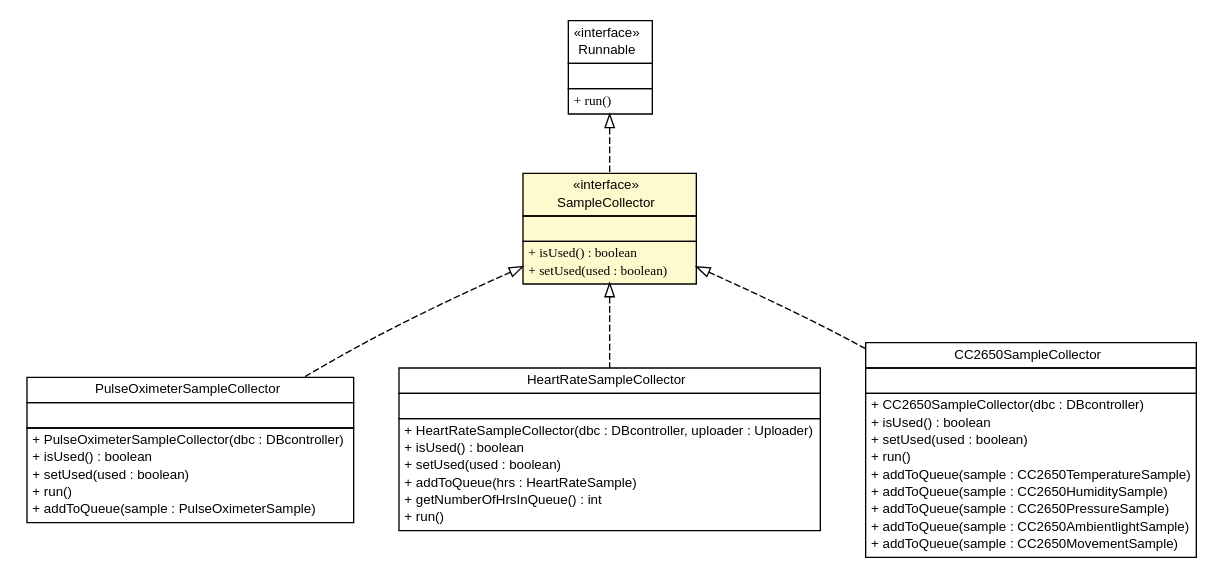
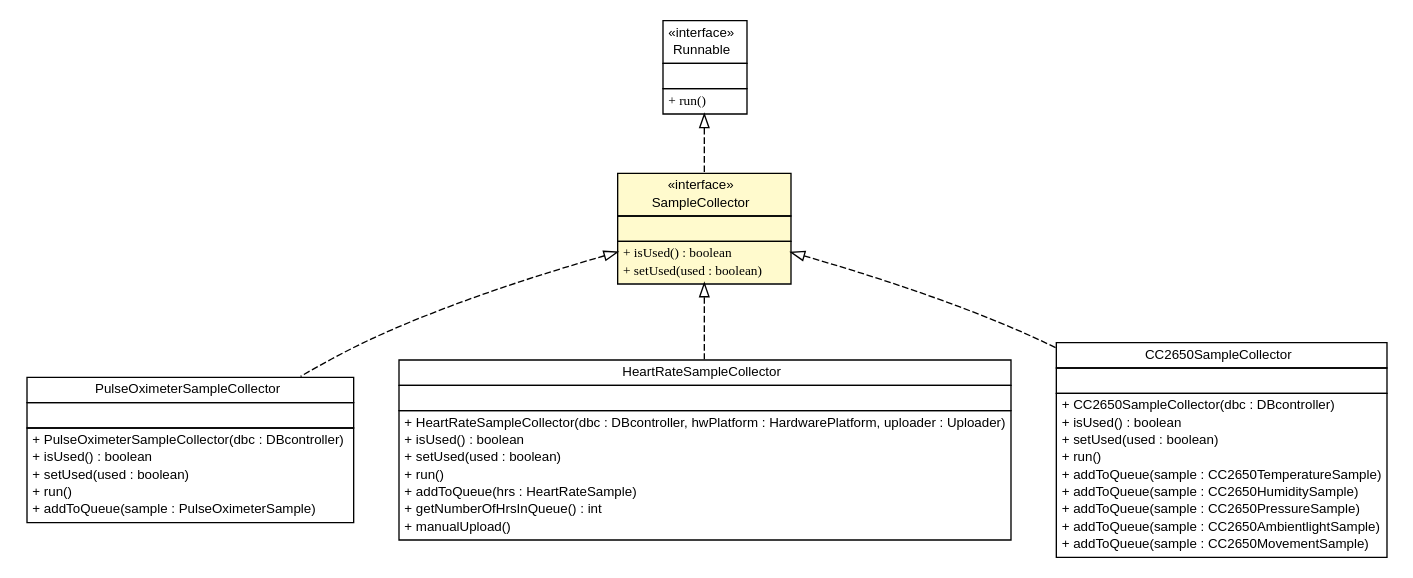
One commit to linksmart/sensor-platform changed the diagram in Resources/Documentation/Sensorplatform/SensorplatformApp/apidocs/de/fhg/fit/biomos/sensorplatform/control/SampleCollector.dot. Above: the diagram before and after it, drawn with Graphviz. The commit also changed 1577 other files, not shown here.

```diff
--- a/Resources/Documentation/Sensorplatform/SensorplatformApp/apidocs/de/fhg/fit/biomos/sensorplatform/control/SampleCollector.dot
+++ b/Resources/Documentation/Sensorplatform/SensorplatformApp/apidocs/de/fhg/fit/biomos/sensorplatform/control/SampleCollector.dot
@@ -1,100 +1,101 @@
 #!/usr/local/bin/dot
 #
 # Class diagram 
 # Generated by UMLGraph version R5_6 (http://www.umlgraph.org/)
 #
 
 digraph G {
 	edge [fontname="arial",fontsize=10,labelfontname="arial",labelfontsize=10];
 	node [fontname="arial",fontsize=10,shape=plaintext];
 	nodesep=0.25;
 	ranksep=0.5;
 	// de.fhg.fit.biomos.sensorplatform.control.SampleCollector
-	c1856 [label=<<table title="de.fhg.fit.biomos.sensorplatform.control.SampleCollector" border="0" cellborder="1" cellspacing="0" cellpadding="2" port="p" bgcolor="lemonChiffon" href="./SampleCollector.html">
+	c1609 [label=<<table title="de.fhg.fit.biomos.sensorplatform.control.SampleCollector" border="0" cellborder="1" cellspacing="0" cellpadding="2" port="p" bgcolor="lemonChiffon" href="./SampleCollector.html">
 		<tr><td><table border="0" cellspacing="0" cellpadding="1">
 <tr><td align="center" balign="center"> &#171;interface&#187; </td></tr>
 <tr><td align="center" balign="center"> SampleCollector </td></tr>
 		</table></td></tr>
 		<tr><td><table border="0" cellspacing="0" cellpadding="1">
 <tr><td align="left" balign="left">  </td></tr>
 		</table></td></tr>
 		<tr><td><table border="0" cellspacing="0" cellpadding="1">
 <tr><td align="left" balign="left"><font face="arial italic" point-size="10.0"> + isUsed() : boolean </font></td></tr>
 <tr><td align="left" balign="left"><font face="arial italic" point-size="10.0"> + setUsed(used : boolean) </font></td></tr>
 		</table></td></tr>
 		</table>>, URL="./SampleCollector.html", fontname="arial", fontcolor="black", fontsize=10.0];
 	// de.fhg.fit.biomos.sensorplatform.control.PulseOximeterSampleCollector
-	c1857 [label=<<table title="de.fhg.fit.biomos.sensorplatform.control.PulseOximeterSampleCollector" border="0" cellborder="1" cellspacing="0" cellpadding="2" port="p" href="./PulseOximeterSampleCollector.html">
+	c1610 [label=<<table title="de.fhg.fit.biomos.sensorplatform.control.PulseOximeterSampleCollector" border="0" cellborder="1" cellspacing="0" cellpadding="2" port="p" href="./PulseOximeterSampleCollector.html">
 		<tr><td><table border="0" cellspacing="0" cellpadding="1">
 <tr><td align="center" balign="center"> PulseOximeterSampleCollector </td></tr>
 		</table></td></tr>
 		<tr><td><table border="0" cellspacing="0" cellpadding="1">
 <tr><td align="left" balign="left">  </td></tr>
 		</table></td></tr>
 		<tr><td><table border="0" cellspacing="0" cellpadding="1">
 <tr><td align="left" balign="left"> + PulseOximeterSampleCollector(dbc : DBcontroller) </td></tr>
 <tr><td align="left" balign="left"> + isUsed() : boolean </td></tr>
 <tr><td align="left" balign="left"> + setUsed(used : boolean) </td></tr>
 <tr><td align="left" balign="left"> + run() </td></tr>
 <tr><td align="left" balign="left"> + addToQueue(sample : PulseOximeterSample) </td></tr>
 		</table></td></tr>
 		</table>>, URL="./PulseOximeterSampleCollector.html", fontname="arial", fontcolor="black", fontsize=10.0];
 	// de.fhg.fit.biomos.sensorplatform.control.HeartRateSampleCollector
-	c1859 [label=<<table title="de.fhg.fit.biomos.sensorplatform.control.HeartRateSampleCollector" border="0" cellborder="1" cellspacing="0" cellpadding="2" port="p" href="./HeartRateSampleCollector.html">
+	c1611 [label=<<table title="de.fhg.fit.biomos.sensorplatform.control.HeartRateSampleCollector" border="0" cellborder="1" cellspacing="0" cellpadding="2" port="p" href="./HeartRateSampleCollector.html">
 		<tr><td><table border="0" cellspacing="0" cellpadding="1">
 <tr><td align="center" balign="center"> HeartRateSampleCollector </td></tr>
 		</table></td></tr>
 		<tr><td><table border="0" cellspacing="0" cellpadding="1">
 <tr><td align="left" balign="left">  </td></tr>
 		</table></td></tr>
 		<tr><td><table border="0" cellspacing="0" cellpadding="1">
-<tr><td align="left" balign="left"> + HeartRateSampleCollector(dbc : DBcontroller, uploader : Uploader) </td></tr>
+<tr><td align="left" balign="left"> + HeartRateSampleCollector(dbc : DBcontroller, hwPlatform : HardwarePlatform, uploader : Uploader) </td></tr>
 <tr><td align="left" balign="left"> + isUsed() : boolean </td></tr>
 <tr><td align="left" balign="left"> + setUsed(used : boolean) </td></tr>
+<tr><td align="left" balign="left"> + run() </td></tr>
 <tr><td align="left" balign="left"> + addToQueue(hrs : HeartRateSample) </td></tr>
 <tr><td align="left" balign="left"> + getNumberOfHrsInQueue() : int </td></tr>
-<tr><td align="left" balign="left"> + run() </td></tr>
+<tr><td align="left" balign="left"> + manualUpload() </td></tr>
 		</table></td></tr>
 		</table>>, URL="./HeartRateSampleCollector.html", fontname="arial", fontcolor="black", fontsize=10.0];
 	// de.fhg.fit.biomos.sensorplatform.control.CC2650SampleCollector
-	c1861 [label=<<table title="de.fhg.fit.biomos.sensorplatform.control.CC2650SampleCollector" border="0" cellborder="1" cellspacing="0" cellpadding="2" port="p" href="./CC2650SampleCollector.html">
+	c1613 [label=<<table title="de.fhg.fit.biomos.sensorplatform.control.CC2650SampleCollector" border="0" cellborder="1" cellspacing="0" cellpadding="2" port="p" href="./CC2650SampleCollector.html">
 		<tr><td><table border="0" cellspacing="0" cellpadding="1">
 <tr><td align="center" balign="center"> CC2650SampleCollector </td></tr>
 		</table></td></tr>
 		<tr><td><table border="0" cellspacing="0" cellpadding="1">
 <tr><td align="left" balign="left">  </td></tr>
 		</table></td></tr>
 		<tr><td><table border="0" cellspacing="0" cellpadding="1">
 <tr><td align="left" balign="left"> + CC2650SampleCollector(dbc : DBcontroller) </td></tr>
 <tr><td align="left" balign="left"> + isUsed() : boolean </td></tr>
 <tr><td align="left" balign="left"> + setUsed(used : boolean) </td></tr>
 <tr><td align="left" balign="left"> + run() </td></tr>
 <tr><td align="left" balign="left"> + addToQueue(sample : CC2650TemperatureSample) </td></tr>
 <tr><td align="left" balign="left"> + addToQueue(sample : CC2650HumiditySample) </td></tr>
 <tr><td align="left" balign="left"> + addToQueue(sample : CC2650PressureSample) </td></tr>
 <tr><td align="left" balign="left"> + addToQueue(sample : CC2650AmbientlightSample) </td></tr>
 <tr><td align="left" balign="left"> + addToQueue(sample : CC2650MovementSample) </td></tr>
 		</table></td></tr>
 		</table>>, URL="./CC2650SampleCollector.html", fontname="arial", fontcolor="black", fontsize=10.0];
 	//de.fhg.fit.biomos.sensorplatform.control.SampleCollector implements java.lang.Runnable
-	c1898:p -> c1856:p [dir=back,arrowtail=empty,style=dashed];
+	c1647:p -> c1609:p [dir=back,arrowtail=empty,style=dashed];
 	//de.fhg.fit.biomos.sensorplatform.control.PulseOximeterSampleCollector implements de.fhg.fit.biomos.sensorplatform.control.SampleCollector
-	c1856:p -> c1857:p [dir=back,arrowtail=empty,style=dashed];
+	c1609:p -> c1610:p [dir=back,arrowtail=empty,style=dashed];
 	//de.fhg.fit.biomos.sensorplatform.control.HeartRateSampleCollector implements de.fhg.fit.biomos.sensorplatform.control.SampleCollector
-	c1856:p -> c1859:p [dir=back,arrowtail=empty,style=dashed];
+	c1609:p -> c1611:p [dir=back,arrowtail=empty,style=dashed];
 	//de.fhg.fit.biomos.sensorplatform.control.CC2650SampleCollector implements de.fhg.fit.biomos.sensorplatform.control.SampleCollector
-	c1856:p -> c1861:p [dir=back,arrowtail=empty,style=dashed];
+	c1609:p -> c1613:p [dir=back,arrowtail=empty,style=dashed];
 	// java.lang.Runnable
-	c1898 [label=<<table title="java.lang.Runnable" border="0" cellborder="1" cellspacing="0" cellpadding="2" port="p" href="http://java.sun.com/j2se/1.4.2/docs/api/java/lang/Runnable.html">
+	c1647 [label=<<table title="java.lang.Runnable" border="0" cellborder="1" cellspacing="0" cellpadding="2" port="p" href="http://java.sun.com/j2se/1.4.2/docs/api/java/lang/Runnable.html">
 		<tr><td><table border="0" cellspacing="0" cellpadding="1">
 <tr><td align="center" balign="center"> &#171;interface&#187; </td></tr>
 <tr><td align="center" balign="center"> Runnable </td></tr>
 		</table></td></tr>
 		<tr><td><table border="0" cellspacing="0" cellpadding="1">
 <tr><td align="left" balign="left">  </td></tr>
 		</table></td></tr>
 		<tr><td><table border="0" cellspacing="0" cellpadding="1">
 <tr><td align="left" balign="left"><font face="arial italic" point-size="10.0"> + run() </font></td></tr>
 		</table></td></tr>
 		</table>>, URL="http://java.sun.com/j2se/1.4.2/docs/api/java/lang/Runnable.html", fontname="arial", fontcolor="black", fontsize=10.0];
 }
```
